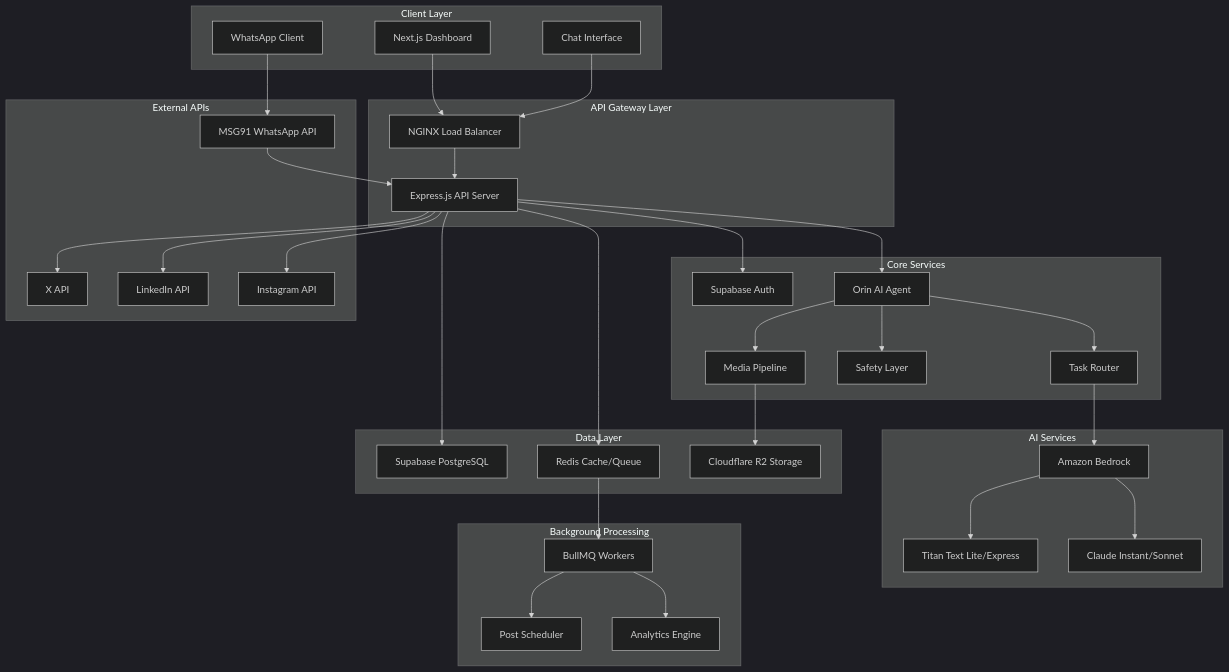
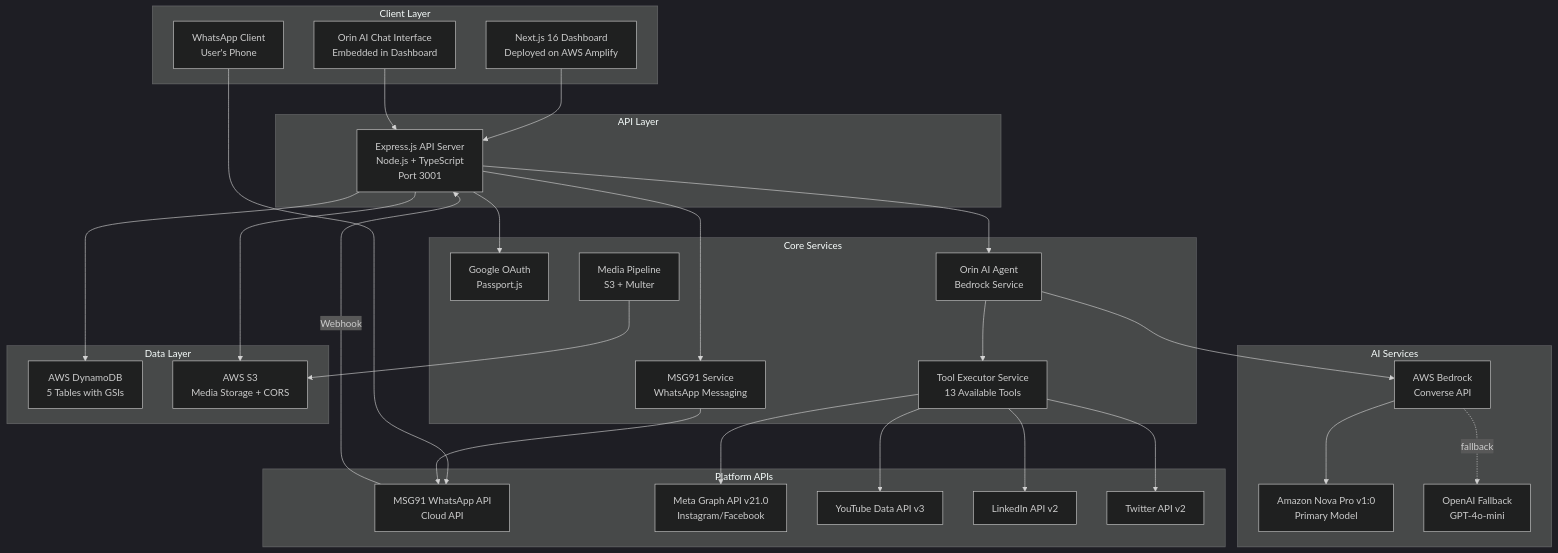
The first of 2 diagrams in .kiro/specs/socialos/design.md (orincore/AI-For-Bharat), drawn with Mermaid (dark theme) before and after one commit. The commit also changed other lines of this file and 7 other files, not shown here.

````diff
--- a/.kiro/specs/socialos/design.md
+++ b/.kiro/specs/socialos/design.md
@@ -15,74 +21,63 @@
 ```mermaid
 graph TB
     subgraph "Client Layer"
-        WEB[Next.js Dashboard]
-        CHAT[Chat Interface]
-        WA[WhatsApp Client]
+        WEB[Next.js 16 Dashboard<br/>Deployed on AWS Amplify]
+        CHAT[Orin AI Chat Interface<br/>Embedded in Dashboard]
+        WHATSAPP[WhatsApp Client<br/>User's Phone]
     end
     
-    subgraph "API Gateway Layer"
-        NGINX[NGINX Load Balancer]
-        API[Express.js API Server]
+    subgraph "API Layer"
+        API[Express.js API Server<br/>Node.js + TypeScript<br/>Port 3001]
     end
     
     subgraph "Core Services"
-        AUTH[Supabase Auth]
-        ORIN[Orin AI Agent]
-        ROUTER[Task Router]
-        SAFETY[Safety Layer]
-        MEDIA[Media Pipeline]
+        AUTH[Google OAuth<br/>Passport.js]
+        ORIN[Orin AI Agent<br/>Bedrock Service]
+        TOOLS[Tool Executor Service<br/>13 Available Tools]
+        MEDIA[Media Pipeline<br/>S3 + Multer]
+        MSG91SVC[MSG91 Service<br/>WhatsApp Messaging]
     end
     
     subgraph "AI Services"
-        BEDROCK[Amazon Bedrock]
-        TITAN[Titan Text Lite/Express]
-        CLAUDE[Claude Instant/Sonnet]
+        BEDROCK[AWS Bedrock<br/>Converse API]
+        NOVA[Amazon Nova Pro v1:0<br/>Primary Model]
+        OPENAI[OpenAI Fallback<br/>GPT-4o-mini]
     end
     
-    subgraph "External APIs"
-        MSG91[MSG91 WhatsApp API]
-        XAPI[X API]
-        LINKEDIN[LinkedIn API]
-        INSTAGRAM[Instagram API]
+    subgraph "Platform APIs"
+        MSG91[MSG91 WhatsApp API<br/>Cloud API]
+        META[Meta Graph API v21.0<br/>Instagram/Facebook]
+        YOUTUBE[YouTube Data API v3]
+        LINKEDIN[LinkedIn API v2]
+        TWITTER[Twitter API v2]
     end
     
     subgraph "Data Layer"
-        SUPABASE[Supabase PostgreSQL]
-        REDIS[Redis Cache/Queue]
-        R2[Cloudflare R2 Storage]
+        DYNAMODB[AWS DynamoDB<br/>5 Tables with GSIs]
+        S3[AWS S3<br/>Media Storage + CORS]
     end
     
-    subgraph "Background Processing"
-        BULLMQ[BullMQ Workers]
-        SCHEDULER[Post Scheduler]
-        ANALYTICS[Analytics Engine]
-    end
-    
-    WEB --> NGINX
-    CHAT --> NGINX
-    WA --> MSG91
-    MSG91 --> API
-    NGINX --> API
+    WEB --> API
+    CHAT --> API
+    WHATSAPP --> MSG91
+    MSG91 -->|Webhook| API
     
     API --> AUTH
     API --> ORIN
-    ORIN --> ROUTER
-    ORIN --> SAFETY
-    ORIN --> MEDIA
+    API --> MSG91SVC
+    MSG91SVC --> MSG91
     
-    ROUTER --> BEDROCK
-    BEDROCK --> TITAN
-    BEDROCK --> CLAUDE
+    ORIN --> TOOLS
+    ORIN --> BEDROCK
+    BEDROCK --> NOVA
+    BEDROCK -.fallback.-> OPENAI
     
-    API --> XAPI
-    API --> LINKEDIN
-    API --> INSTAGRAM
+    TOOLS --> META
+    TOOLS --> YOUTUBE
+    TOOLS --> LINKEDIN
+    TOOLS --> TWITTER
     
-    API --> SUPABASE
-    API --> REDIS
-    MEDIA --> R2
-    
-    REDIS --> BULLMQ
-    BULLMQ --> SCHEDULER
-    BULLMQ --> ANALYTICS
+    API --> DYNAMODB
+    API --> S3
+    MEDIA --> S3
 ```
````
